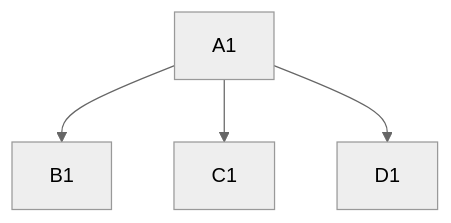
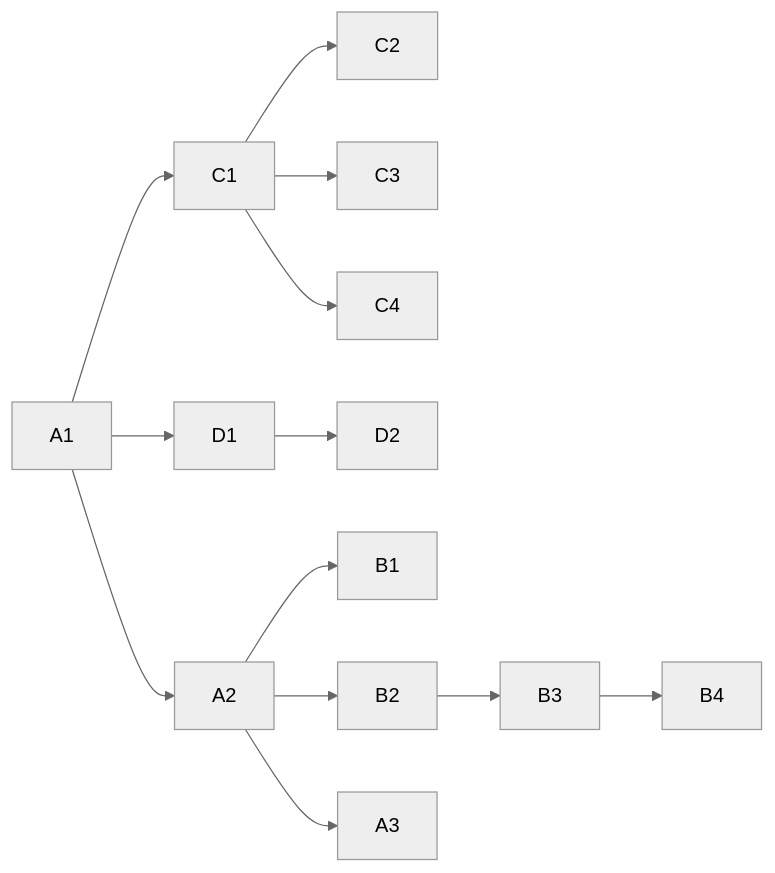
One commit to Daissen/treinamento changed the diagram in README.md. Above: the diagram before and after it, drawn with Mermaid (neutral theme). The commit also changed other lines of this file, not shown here.

Commit message:
[NEW] sugestão de fluxo

````diff
--- a/README.md
+++ b/README.md
@@ -27,6 +27,15 @@
 ```mermaid
-flowchart TB
-    A1 --> B1
-    A1 --> C1
-    A1 --> D1
+flowchart LR
+  A1 --> C1
+  C1 --> C2
+  C1 --> C3
+  C1 --> C4
+  A1 --> D1
+  A1 --> A2
+  A2 --> B1
+  A2 --> B2
+  B2 --> B3
+  B3 --> B4
+  D1 --> D2
+  A2 --> A3
 ```
````
